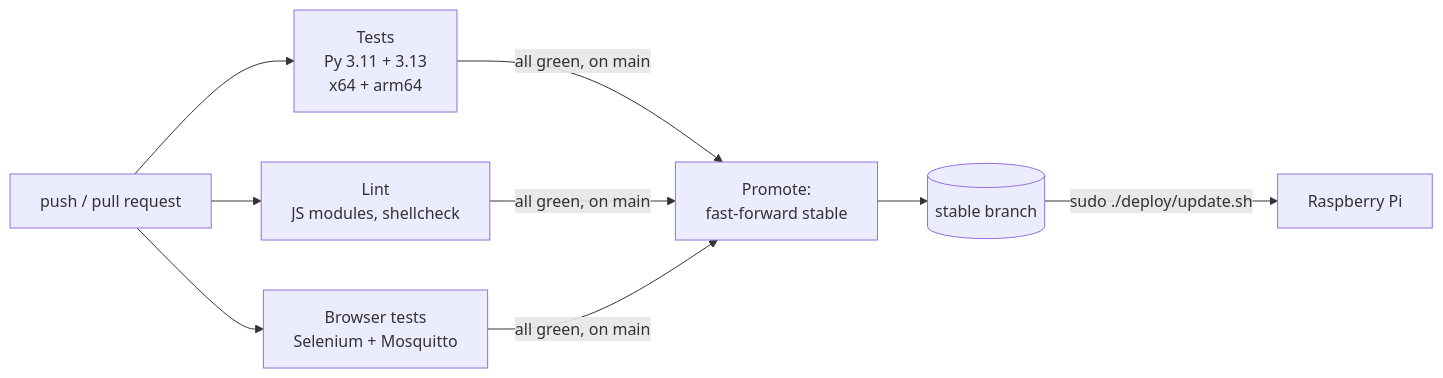
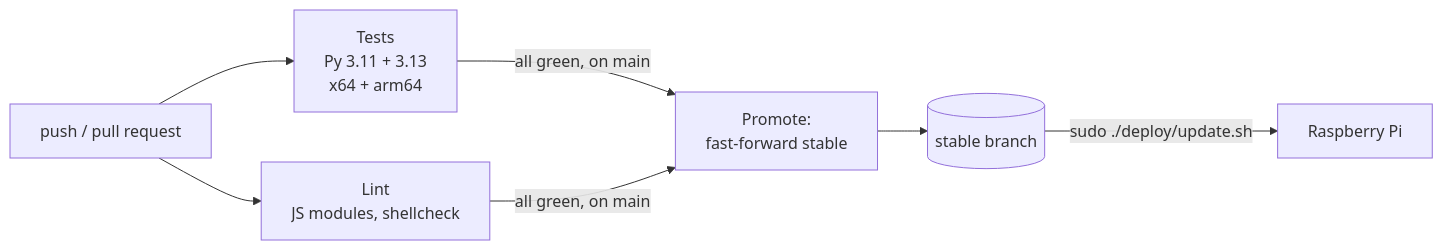
Before and after one commit to TristanListanco/pepperwatch-aphid-detection: the fourth of 4 diagrams in README.md, drawn with Mermaid. The commit also changed other lines of this file and 61 other files, not shown here.

````diff
--- a/README.md
+++ b/README.md
@@ -824,9 +1000,8 @@
 ```mermaid
 flowchart LR
     PUSH[push / pull request] --> T[Tests<br/>Py 3.11 + 3.13<br/>x64 + arm64]
     PUSH --> L[Lint<br/>JS modules, shellcheck]
-    PUSH --> B[Browser tests<br/>Selenium + Mosquitto]
-    T & L & B -->|all green, on main| P[Promote:<br/>fast-forward stable]
+    T & L -->|all green, on main| P[Promote:<br/>fast-forward stable]
     P --> S[(stable branch)]
     S -->|sudo ./deploy/update.sh| PI[Raspberry Pi]
 ```
````
